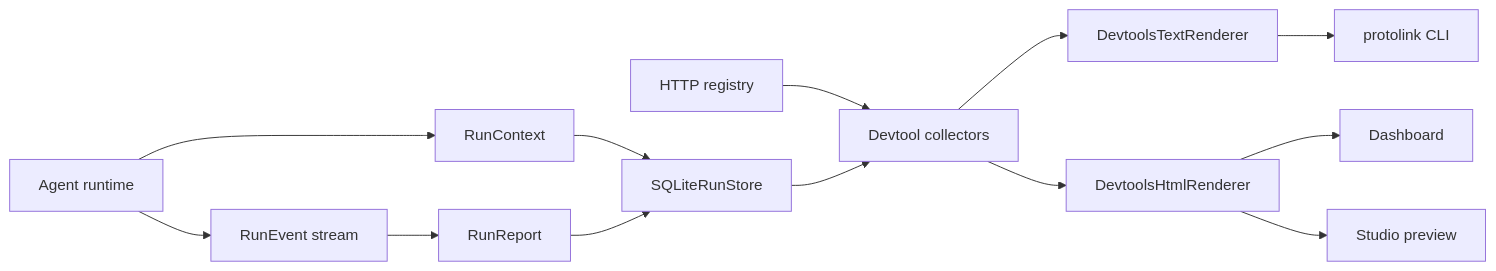
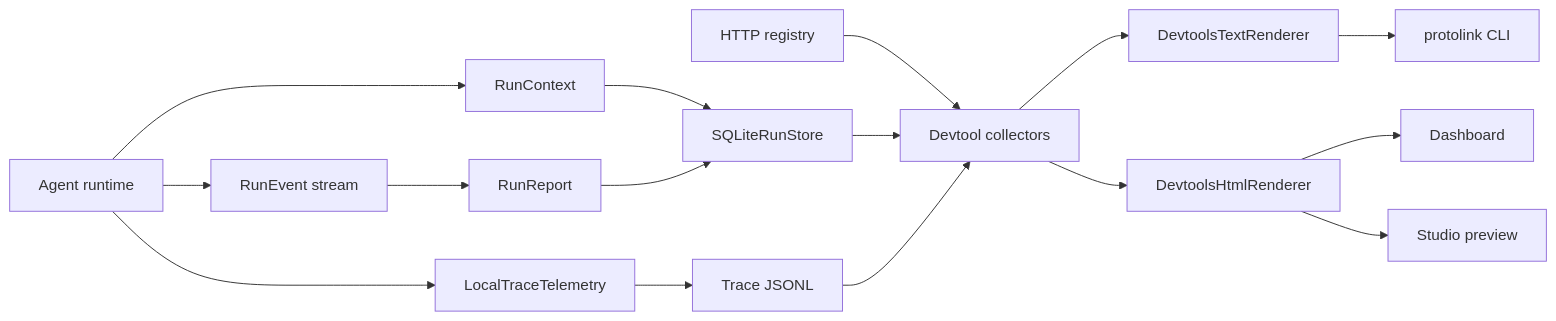
Before and after one commit to nMaroulis/protolink: the first of 2 diagrams in docs/content/devtools.md, drawn with Mermaid. The commit also changed other lines of this file and 12 other files, not shown here.

````diff
--- a/docs/content/devtools.md
+++ b/docs/content/devtools.md
@@ -35,15 +35,18 @@
 ```mermaid
 flowchart LR
     Agent["Agent runtime"] --> Context["RunContext"]
     Agent --> Events["RunEvent stream"]
     Events --> Report["RunReport"]
     Context --> Store["SQLiteRunStore"]
     Report --> Store
+    Agent --> Telemetry["LocalTraceTelemetry"]
+    Telemetry --> TraceFile["Trace JSONL"]
     Registry["HTTP registry"] --> Collectors["Devtool collectors"]
     Store --> Collectors
+    TraceFile --> Collectors
     Collectors --> Text["DevtoolsTextRenderer"]
     Collectors --> HTML["DevtoolsHtmlRenderer"]
     Text --> CLI["protolink CLI"]
     HTML --> Dashboard["Dashboard"]
     HTML --> Studio["Studio preview"]
 ```
````
